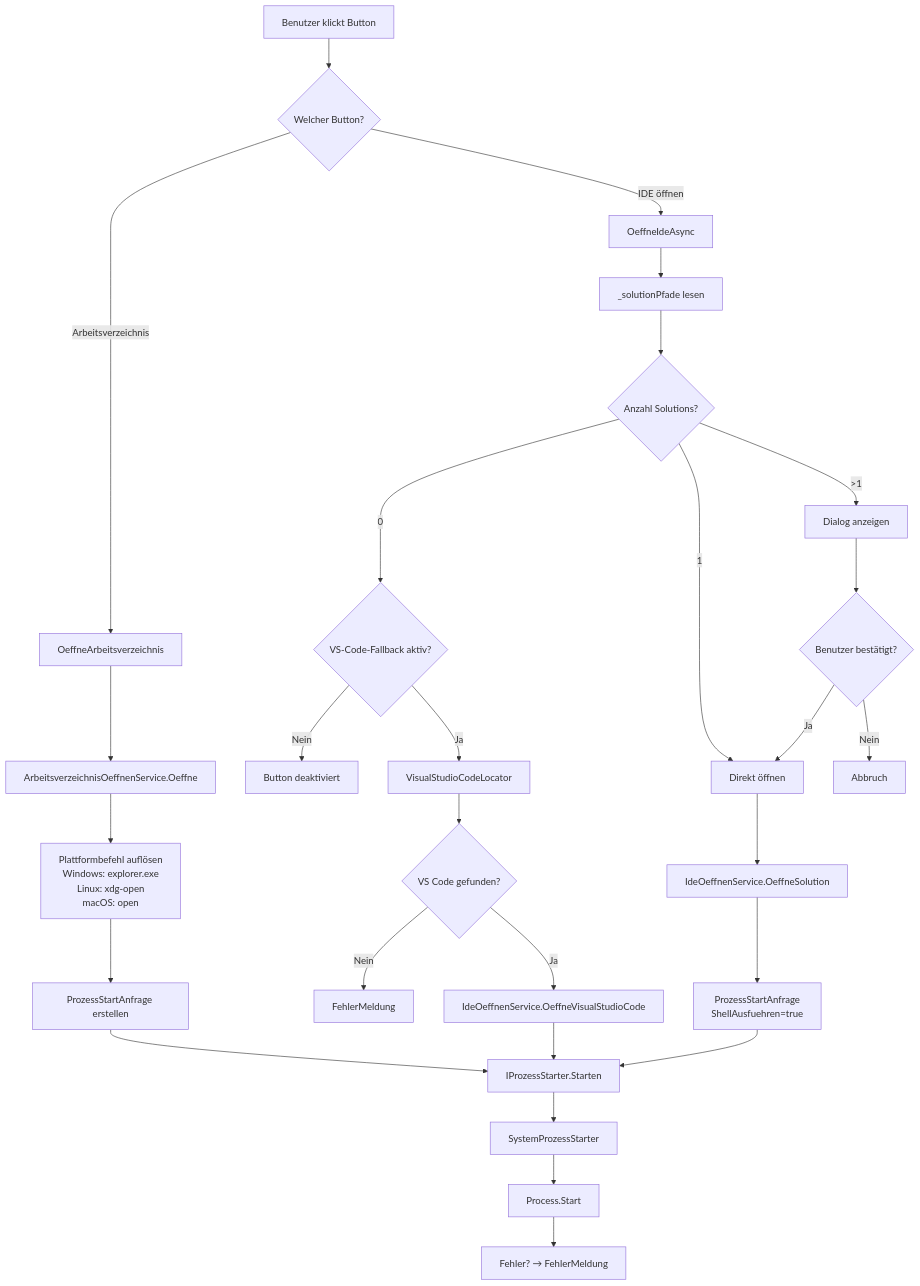
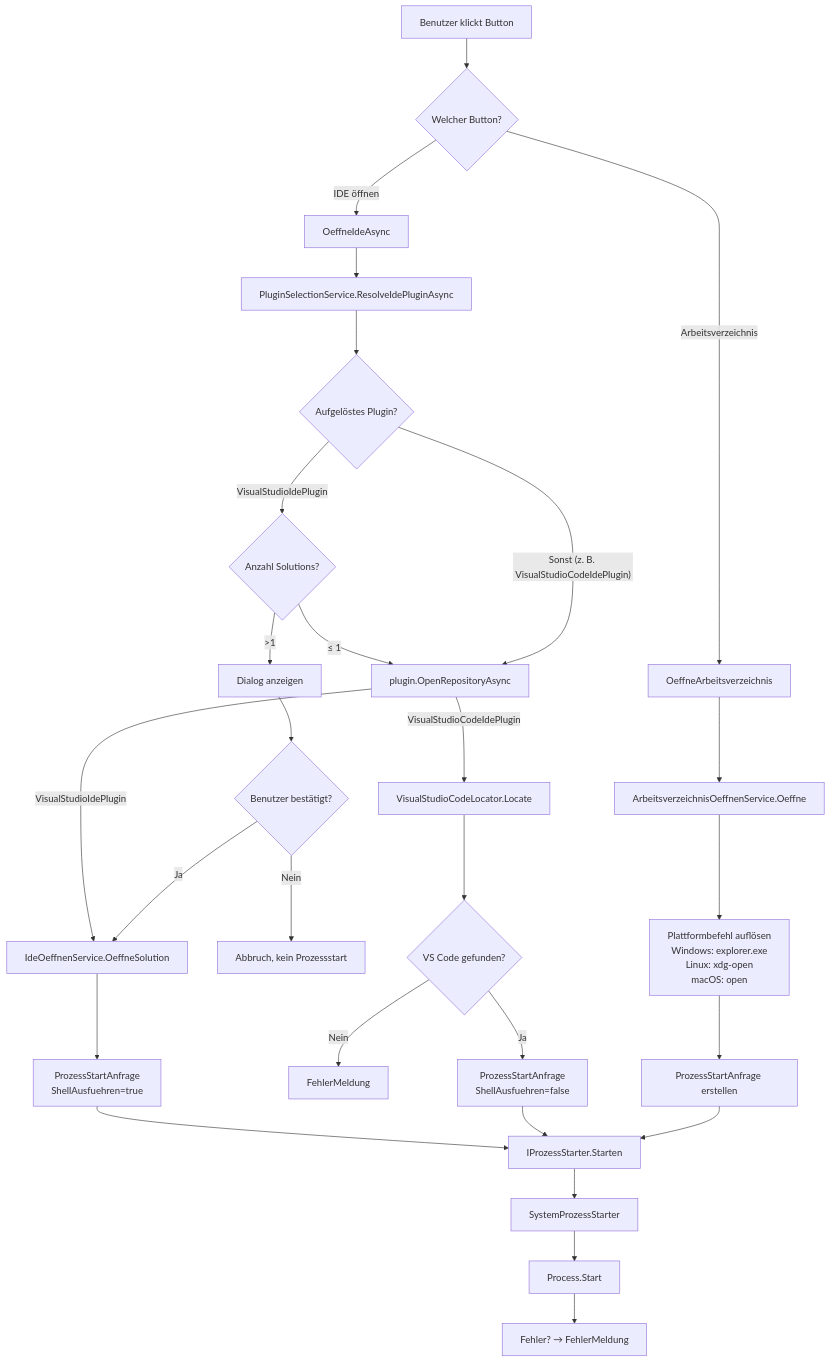
One commit to martin-stromberg/Softwareschmiede changed the diagram in docs/help/dateisystem-integration/ablauf-technisch.md. Above: the diagram before and after it, drawn with Mermaid. The commit also changed other lines of this file and 60 other files, not shown here.

First line of the commit message:
feat: IDE-Plugin-System mit automatischer Erkennung und Prioritaeten

````diff
--- a/docs/help/dateisystem-integration/ablauf-technisch.md
+++ b/docs/help/dateisystem-integration/ablauf-technisch.md
@@ -121,32 +118,32 @@
 ```mermaid
 flowchart TD
     A["Benutzer klickt Button"] --> B{"Welcher Button?"}
     B -->|Arbeitsverzeichnis| C["OeffneArbeitsverzeichnis"]
     B -->|IDE öffnen| D["OeffneIdeAsync"]
     
     C --> E["ArbeitsverzeichnisOeffnenService.Oeffne"]
     E --> F["Plattformbefehl auflösen<br/>Windows: explorer.exe<br/>Linux: xdg-open<br/>macOS: open"]
     F --> G["ProzessStartAnfrage erstellen"]
     G --> H["IProzessStarter.Starten"]
     H --> I["SystemProzessStarter"]
     I --> J["Process.Start"]
     J --> K["Fehler? → FehlerMeldung"]
     
-    D --> L["_solutionPfade lesen"]
-    L --> M{Anzahl Solutions?}
-    M -->|0| N{"VS-Code-Fallback aktiv?"}
-    N -->|Nein| U["Button deaktiviert"]
-    N -->|Ja| V["VisualStudioCodeLocator"]
+    D --> L["PluginSelectionService.ResolveIdePluginAsync"]
+    L --> M{"Aufgelöstes Plugin?"}
+    M -->|VisualStudioIdePlugin| M2{"Anzahl Solutions?"}
+    M -->|"Sonst (z. B. VisualStudioCodeIdePlugin)"| Z["plugin.OpenRepositoryAsync"]
+    M2 -->|"≤ 1"| Z
+    M2 -->|">1"| P["Dialog anzeigen"]
+    P --> Q{"Benutzer bestätigt?"}
+    Q -->|Nein| R["Abbruch, kein Prozessstart"]
+    Q -->|Ja| S["IdeOeffnenService.OeffneSolution"]
+    Z -->|VisualStudioIdePlugin| S
+    Z -->|VisualStudioCodeIdePlugin| V["VisualStudioCodeLocator.Locate"]
     V --> W{"VS Code gefunden?"}
     W -->|Nein| X["FehlerMeldung"]
-    W -->|Ja| Y["IdeOeffnenService.OeffneVisualStudioCode"]
+    W -->|Ja| Y["ProzessStartAnfrage<br/>ShellAusfuehren=false"]
     Y --> H
-    M -->|1| O["Direkt öffnen"]
-    M -->|>1| P["Dialog anzeigen"]
-    P --> Q{"Benutzer bestätigt?"}
-    Q -->|Nein| R["Abbruch"]
-    Q -->|Ja| O
-    O --> S["IdeOeffnenService.OeffneSolution"]
     S --> T["ProzessStartAnfrage<br/>ShellAusfuehren=true"]
     T --> H
 ```
````
